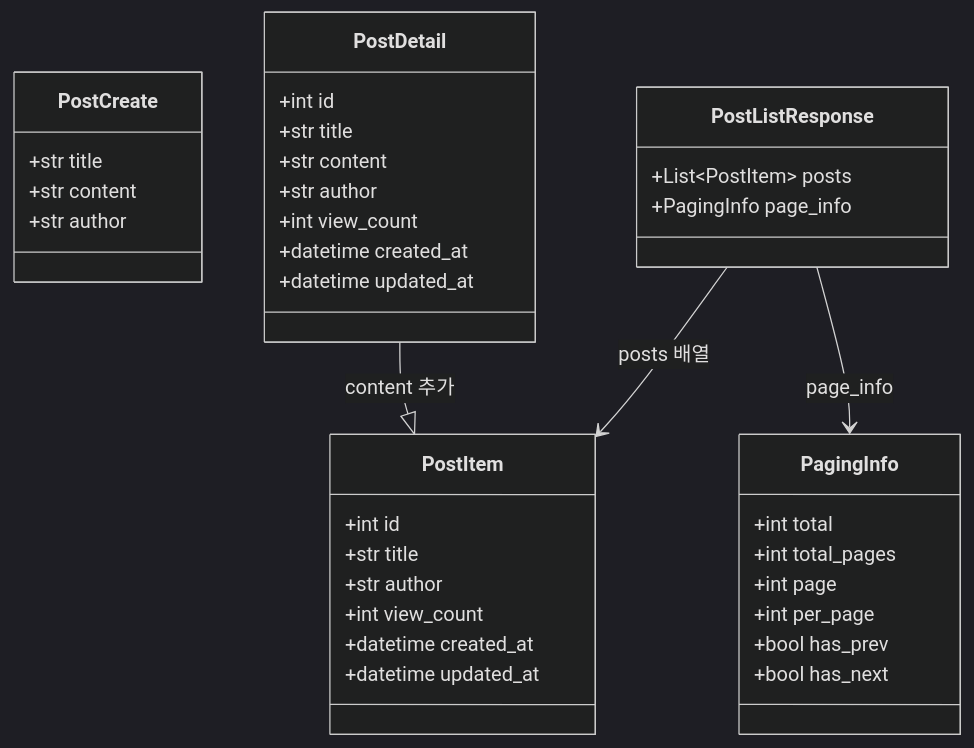
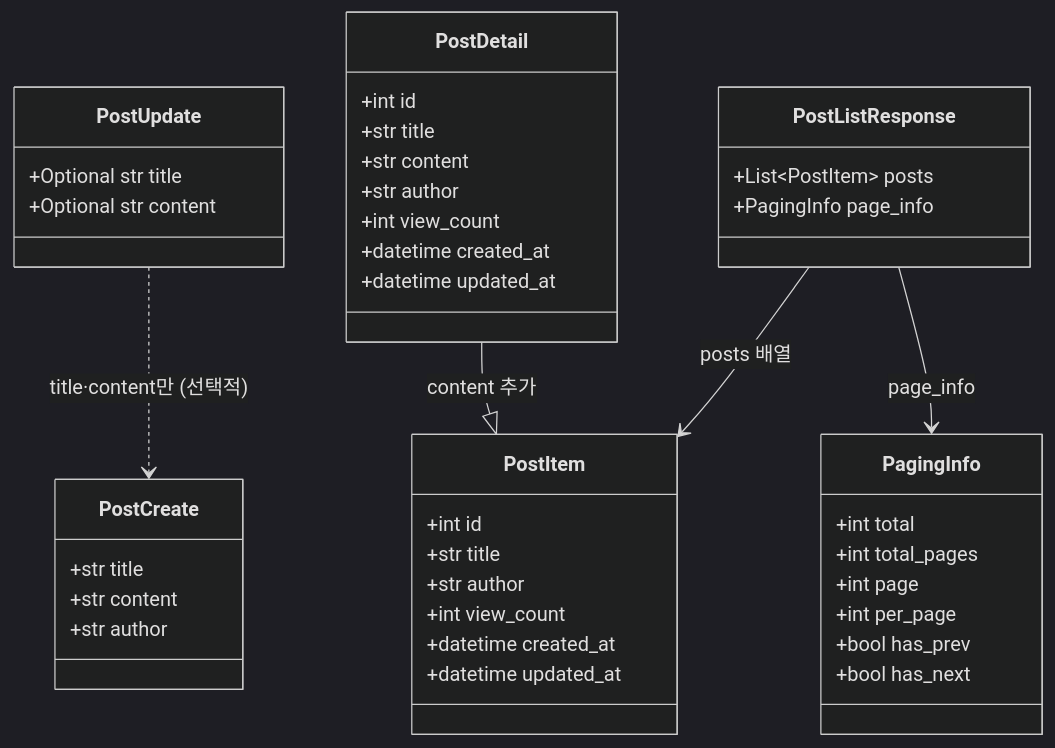
The fourth of 10 diagrams in STRUCTURE_GUIDE.md (samam0234/post_api), drawn with Mermaid (dark theme) before and after one commit. The commit also changed other lines of this file, not shown here.

````diff
--- a/STRUCTURE_GUIDE.md
+++ b/STRUCTURE_GUIDE.md
@@ -287,41 +341,46 @@
 ```mermaid
 classDiagram
     class PostCreate {
         +str title
         +str content
         +str author
+    }
+    class PostUpdate {
+        +Optional str title
+        +Optional str content
     }
     class PostItem {
         +int id
         +str title
         +str author
         +int view_count
         +datetime created_at
         +datetime updated_at
     }
     class PostDetail {
         +int id
         +str title
         +str content
         +str author
         +int view_count
         +datetime created_at
         +datetime updated_at
     }
     class PagingInfo {
         +int total
         +int total_pages
         +int page
         +int per_page
         +bool has_prev
         +bool has_next
     }
     class PostListResponse {
         +List~PostItem~ posts
         +PagingInfo page_info
     }
 
     PostListResponse --> PostItem : posts 배열
     PostListResponse --> PagingInfo : page_info
     PostDetail --|> PostItem : content 추가
+    PostUpdate ..> PostCreate : title·content만 (선택적)
 ```
````
